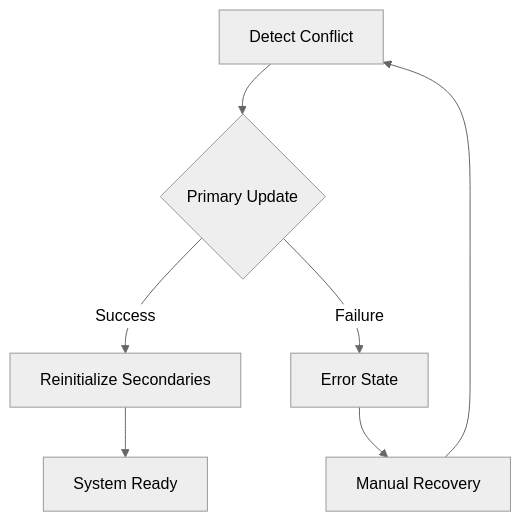
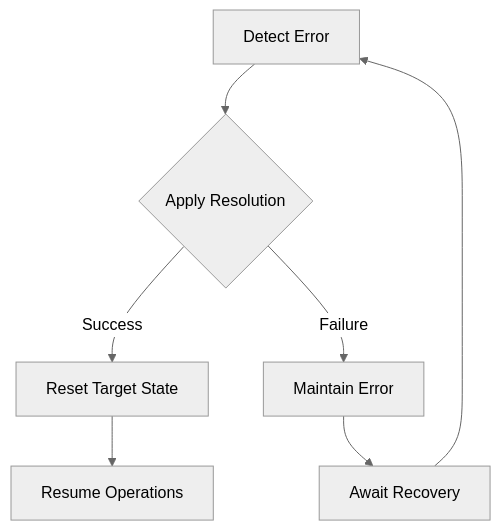
One commit to mrsimpson/piddie changed diagram 16 of 17 in packages/files-management/README.md. Above: the diagram before and after it, drawn with Mermaid (neutral theme). The commit also changed other lines of this file and 11 other files, not shown here.

````diff
--- a/packages/files-management/README.md
+++ b/packages/files-management/README.md
@@ -475,9 +478,9 @@
    ```mermaid
    graph TD
-       A[Detect Conflict] --> B{Primary Update}
-       B -->|Success| C[Reinitialize Secondaries]
-       B -->|Failure| D[Error State]
-       C --> E[System Ready]
-       D --> F[Manual Recovery]
+       A[Detect Error] --> B{Apply Resolution}
+       B -->|Success| C[Reset Target State]
+       B -->|Failure| D[Maintain Error]
+       C --> E[Resume Operations]
+       D --> F[Await Recovery]
        F --> A
    ```
````
